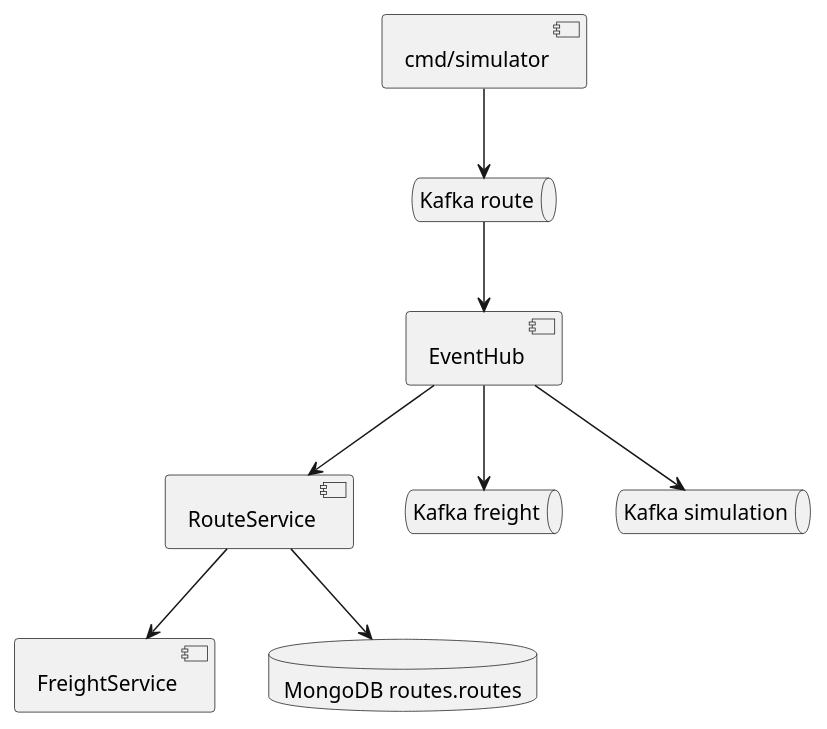
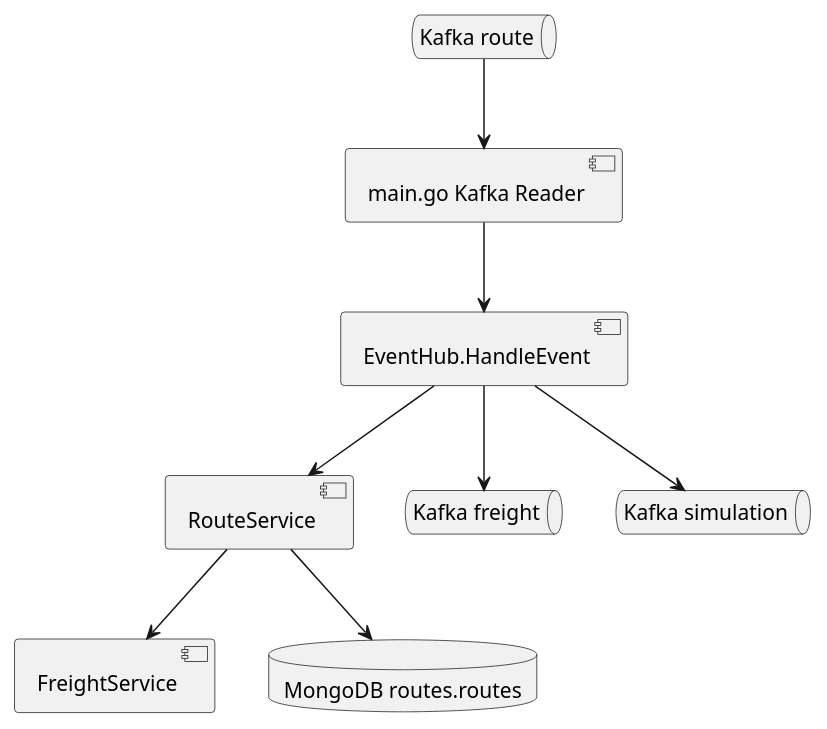
Before and after one commit to DanieldeAlmeida2024/golang-simulator: the diagram in docs/uml/01_componentes.puml, drawn with PlantUML. The commit also changed 10 other files, not shown here.

Commit message:
docs: projeto, contratos, UML e testes individuais versionados

```diff
--- a/docs/uml/01_componentes.puml
+++ b/docs/uml/01_componentes.puml
@@ -1,17 +1,17 @@
 @startuml
-component "cmd/simulator" as Main
-component "EventHub" as Hub
-component "RouteService" as Routes
+queue "Kafka route" as In
+component "main.go Kafka Reader" as Main
+component "EventHub.HandleEvent" as Hub
+component "RouteService" as Route
 component "FreightService" as Freight
-database "MongoDB routes.routes" as Mongo
-queue "Kafka route" as Input
-queue "Kafka freight" as F
-queue "Kafka simulation" as S
-Main --> Input
-Input --> Hub
-Hub --> Routes
-Routes --> Freight
-Routes --> Mongo
-Hub --> F
-Hub --> S
+database "MongoDB routes.routes" as DB
+queue "Kafka freight" as OutF
+queue "Kafka simulation" as OutS
+In --> Main
+Main --> Hub
+Hub --> Route
+Route --> Freight
+Route --> DB
+Hub --> OutF
+Hub --> OutS
 @enduml
```
